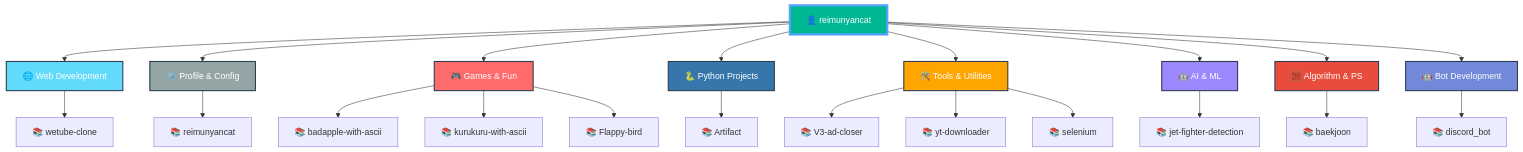
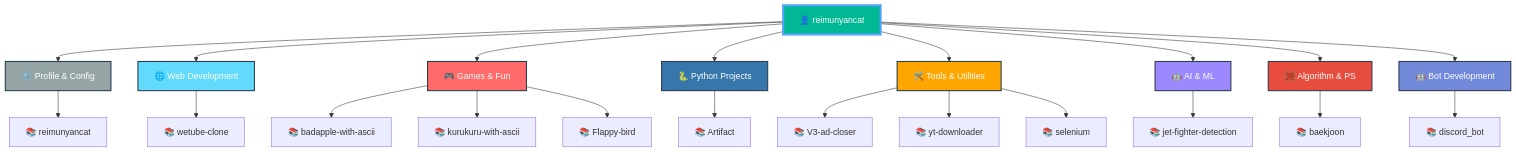
Before and after one commit to reimunyancat/reimunyancat: the diagram in README.md, drawn with Mermaid. The commit also changed other lines of this file, not shown here.

Commit message:
🤖 Auto-update README with latest repositories

````diff
--- a/README.md
+++ b/README.md
@@ -160,42 +160,42 @@
 ```mermaid
 graph TD
   A[👤 reimunyancat]
 
-  A --> CAT0[🌐 Web Development]
-  CAT0 --> CAT0_0[📚 wetube-clone]
+  A --> CAT0[⚙️ Profile & Config]
+  CAT0 --> CAT0_0[📚 reimunyancat]
 
-  A --> CAT1[⚙️ Profile & Config]
-  CAT1 --> CAT1_0[📚 reimunyancat]
+  A --> CAT1[🌐 Web Development]
+  CAT1 --> CAT1_0[📚 wetube-clone]
 
   A --> CAT2[🎮 Games & Fun]
   CAT2 --> CAT2_0[📚 badapple-with-ascii]
   CAT2 --> CAT2_1[📚 kurukuru-with-ascii]
   CAT2 --> CAT2_2[📚 Flappy-bird]
 
   A --> CAT3[🐍 Python Projects]
   CAT3 --> CAT3_0[📚 Artifact]
 
   A --> CAT4[🛠️ Tools & Utilities]
   CAT4 --> CAT4_0[📚 V3-ad-closer]
   CAT4 --> CAT4_1[📚 yt-downloader]
   CAT4 --> CAT4_2[📚 selenium]
 
   A --> CAT5[🤖 AI & ML]
   CAT5 --> CAT5_0[📚 jet-fighter-detection]
 
   A --> CAT6[🧮 Algorithm & PS]
   CAT6 --> CAT6_0[📚 baekjoon]
 
   A --> CAT7[🤖 Bot Development]
   CAT7 --> CAT7_0[📚 discord_bot]
 
   style A fill:#00b894,stroke:#55a3ff,stroke-width:4px,color:#fff
-  style CAT0 fill:#61dafb,stroke:#2c3e50,stroke-width:2px,color:#fff
-  style CAT1 fill:#95a5a6,stroke:#2c3e50,stroke-width:2px,color:#fff
+  style CAT0 fill:#95a5a6,stroke:#2c3e50,stroke-width:2px,color:#fff
+  style CAT1 fill:#61dafb,stroke:#2c3e50,stroke-width:2px,color:#fff
   style CAT2 fill:#ff6b6b,stroke:#2c3e50,stroke-width:2px,color:#fff
   style CAT3 fill:#3776ab,stroke:#2c3e50,stroke-width:2px,color:#fff
   style CAT4 fill:#ffa500,stroke:#2c3e50,stroke-width:2px,color:#fff
   style CAT5 fill:#9c88ff,stroke:#2c3e50,stroke-width:2px,color:#fff
   style CAT6 fill:#e74c3c,stroke:#2c3e50,stroke-width:2px,color:#fff
   style CAT7 fill:#7289da,stroke:#2c3e50,stroke-width:2px,color:#fff
 ```
````
